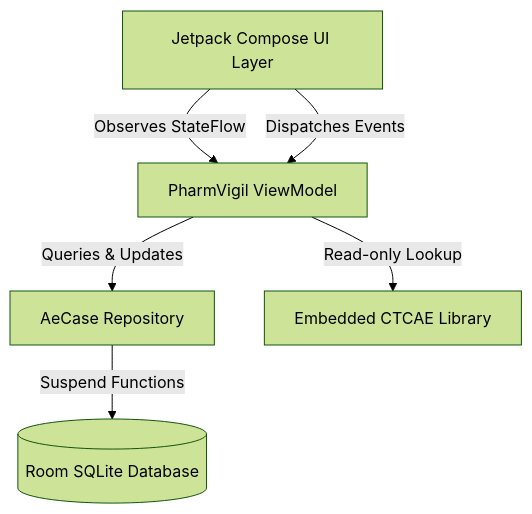
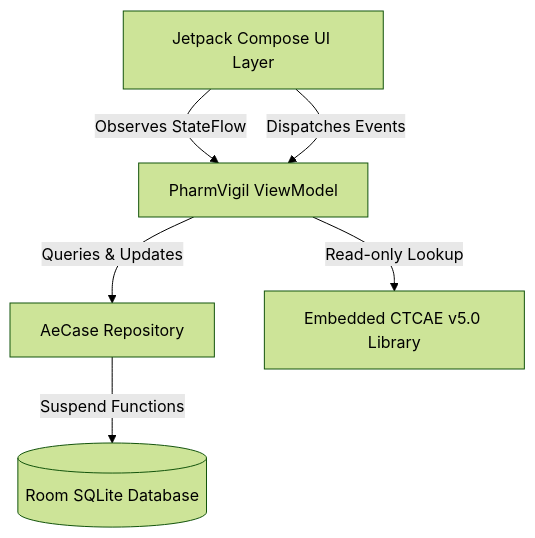
One commit to arkendrachoudhury-sys/PharmVigil changed the diagram in README.md. Above: the diagram before and after it, drawn with Mermaid (forest theme). The commit also changed other lines of this file and 18 other files, not shown here.

````diff
--- a/README.md
+++ b/README.md
@@ -17,14 +19,14 @@
 ```mermaid
 graph TD
     UI[Jetpack Compose UI Layer]
     VM[PharmVigil ViewModel]
     Repo[AeCase Repository]
     DB[(Room SQLite Database)]
-    CTCAE[Embedded CTCAE Library]
+    CTCAE[Embedded CTCAE v5.0 Library]
 
     UI -->|Observes StateFlow| VM
     UI -->|Dispatches Events| VM
     VM -->|Queries & Updates| Repo
     VM -->|Read-only Lookup| CTCAE
     Repo -->|Suspend Functions| DB
 ```
````
